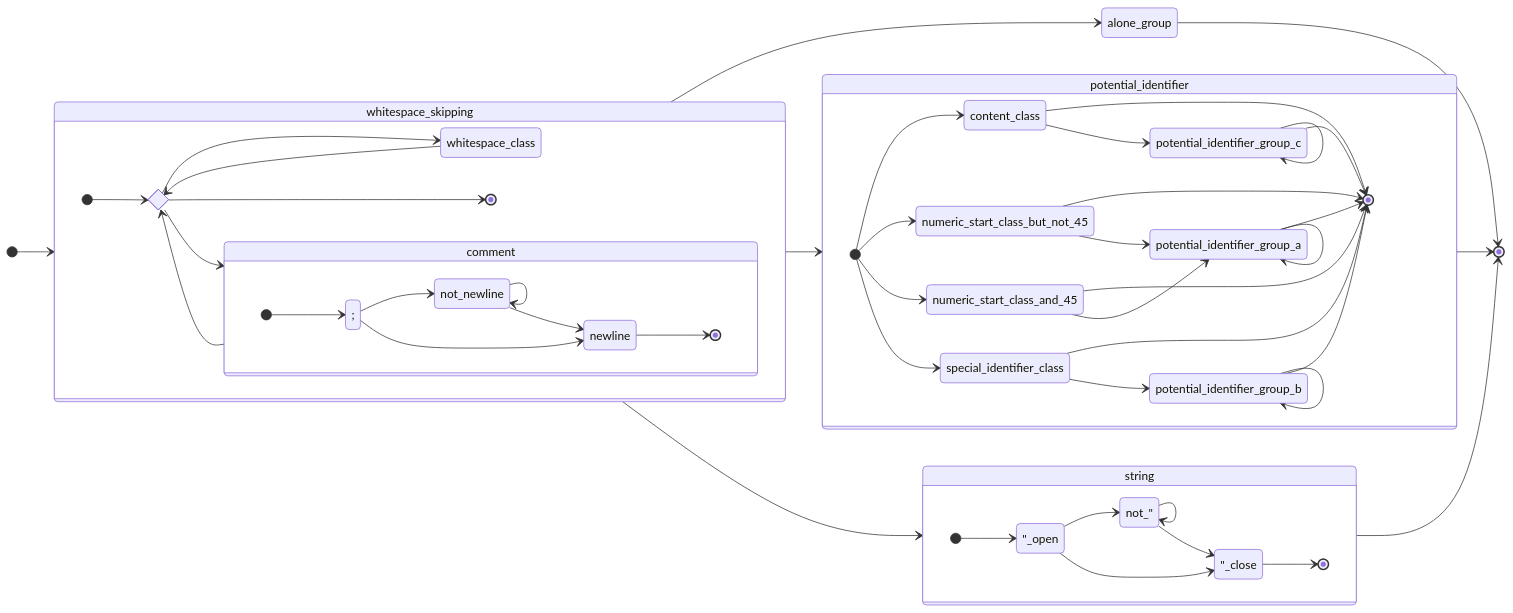
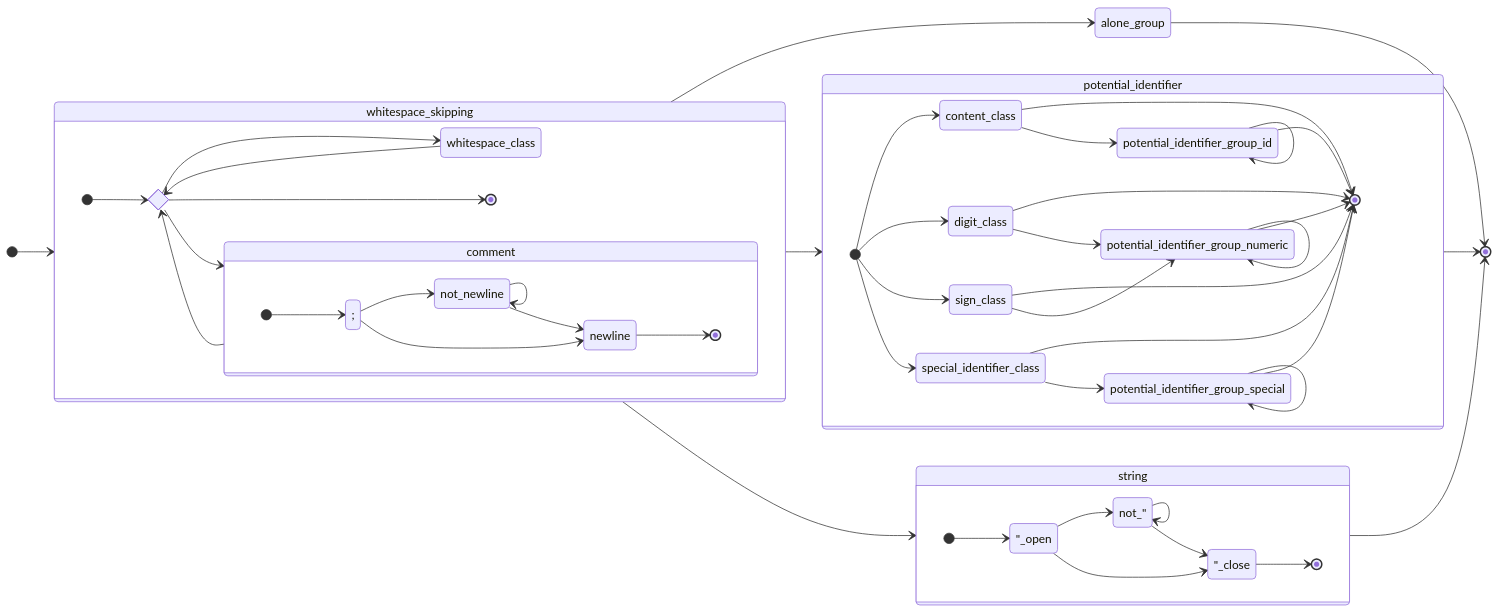
One commit to 20kdc/gabien-common changed the diagram in datum/specification.md. Above: the diagram before and after it, drawn with Mermaid. The commit also changed other lines of this file and 17 other files, not shown here.

````diff
--- a/datum/specification.md
+++ b/datum/specification.md
@@ -149,60 +149,60 @@
 ```mermaid
 stateDiagram-v2
     direction LR
     state whitespace_skipping {
         direction LR
         state loop <<choice>>
         [*] --> loop
         loop --> whitespace_class
         loop --> comment
         loop --> [*]
         whitespace_class --> loop
         comment --> loop
     }
     state comment {
         direction LR
         [*] --> ;
         ; --> not_newline
         not_newline --> not_newline
         not_newline --> newline
         ; --> newline
         newline --> [*]
     }
     [*] --> whitespace_skipping
     state potential_identifier {
         direction LR
         [*] --> content_class
         content_class --> [*]
-        [*] --> numeric_start_class_but_not_45
-        numeric_start_class_but_not_45 --> [*]
-        [*] --> numeric_start_class_and_45
-        numeric_start_class_and_45 --> [*]
+        [*] --> digit_class
+        digit_class --> [*]
+        [*] --> sign_class
+        sign_class --> [*]
         [*] --> special_identifier_class
         special_identifier_class --> [*]
-        numeric_start_class_but_not_45 --> potential_identifier_group_a
-        numeric_start_class_and_45 --> potential_identifier_group_a
-        potential_identifier_group_a --> [*]
-        special_identifier_class --> potential_identifier_group_b
-        potential_identifier_group_b --> [*]
-        content_class --> potential_identifier_group_c
-        potential_identifier_group_c --> [*]
-        potential_identifier_group_a --> potential_identifier_group_a
-        potential_identifier_group_b --> potential_identifier_group_b
-        potential_identifier_group_c --> potential_identifier_group_c
+        digit_class --> potential_identifier_group_numeric
+        sign_class --> potential_identifier_group_numeric
+        potential_identifier_group_numeric --> [*]
+        special_identifier_class --> potential_identifier_group_special
+        potential_identifier_group_special --> [*]
+        content_class --> potential_identifier_group_id
+        potential_identifier_group_id --> [*]
+        potential_identifier_group_numeric --> potential_identifier_group_numeric
+        potential_identifier_group_special --> potential_identifier_group_special
+        potential_identifier_group_id --> potential_identifier_group_id
     }
     whitespace_skipping --> potential_identifier
     potential_identifier --> [*]
     whitespace_skipping --> alone_group
     alone_group --> [*]
     whitespace_skipping --> string
     string --> [*]
     state string {
         direction LR
         [*] --> "_open
         "_open --> "_close
         "_open --> not_"
         not_" --> not_"
         not_" --> "_close
         "_close --> [*]
     }
 ```
````
